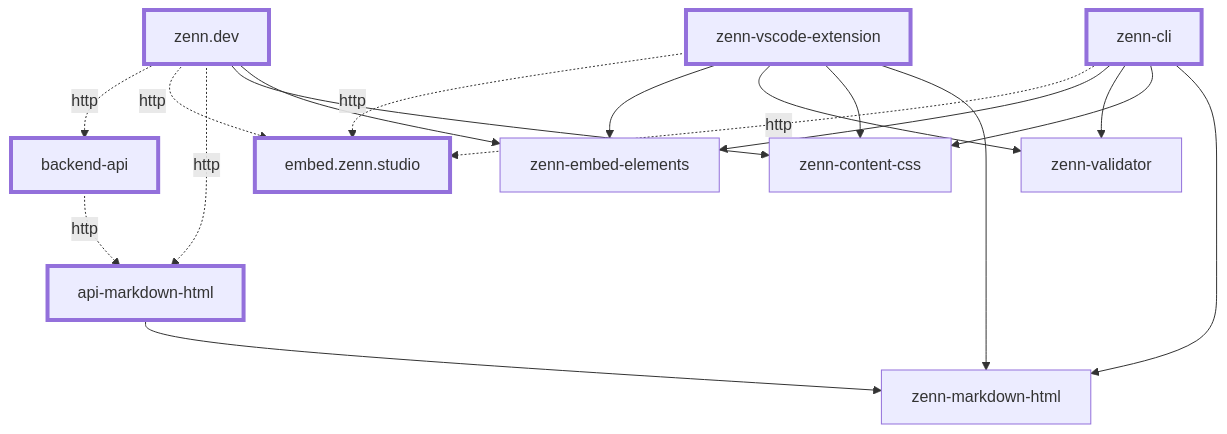
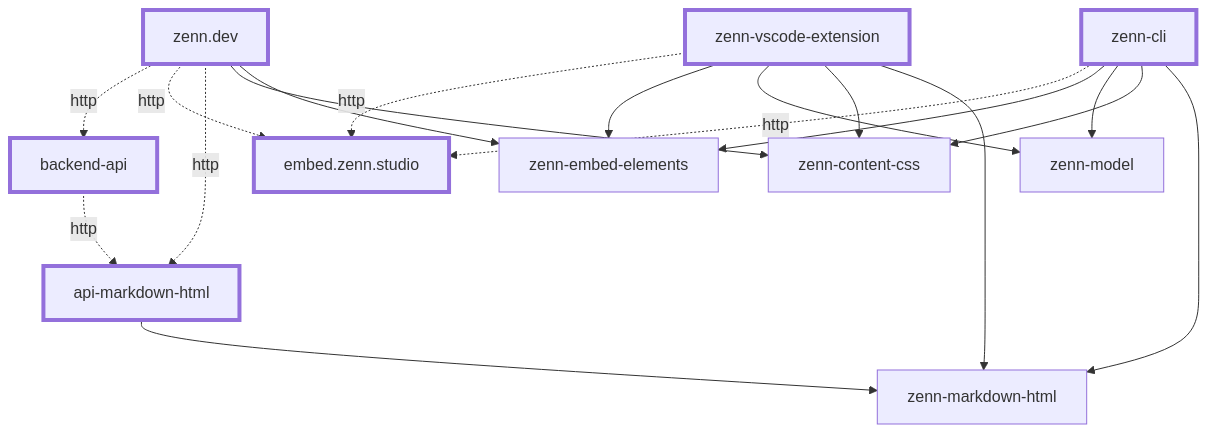
One commit to zenn-dev/zenn-docs-for-developers changed the diagram in docs/basics/overview.md. Above: the diagram before and after it, drawn with Mermaid. The commit also changed other lines of this file and 3 other files, not shown here.

Commit message:
fix: zenn-validator を zenn-model へ名称変更したので対応した

````diff
--- a/docs/basics/overview.md
+++ b/docs/basics/overview.md
@@ -16,33 +16,33 @@
 ```mermaid
 flowchart TD
     classDef Service stroke-width:4px;
 
     zenn.dev:::Service
     zenn-cli:::Service
     zenn-vscode-extension:::Service
     embed.zenn.studio:::Service
     backend-api:::Service
     api-markdown-html:::Service
 
     zenn.dev-->zenn-embed-elements
     zenn.dev-->zenn-content-css
     zenn.dev-.http.->api-markdown-html
     zenn.dev-.http.->embed.zenn.studio
     zenn.dev-.http.->backend-api
 
     zenn-cli-->zenn-markdown-html
     zenn-cli-->zenn-content-css
-    zenn-cli-->zenn-validator
+    zenn-cli-->zenn-model
     zenn-cli-->zenn-embed-elements
     zenn-cli-.http.->embed.zenn.studio
 
     zenn-vscode-extension-->zenn-markdown-html
     zenn-vscode-extension-->zenn-content-css
-    zenn-vscode-extension-->zenn-validator
+    zenn-vscode-extension-->zenn-model
     zenn-vscode-extension-->zenn-embed-elements
     zenn-vscode-extension-.http.->embed.zenn.studio
 
     backend-api-.http.->api-markdown-html
 
     api-markdown-html-->zenn-markdown-html
 ```
````
